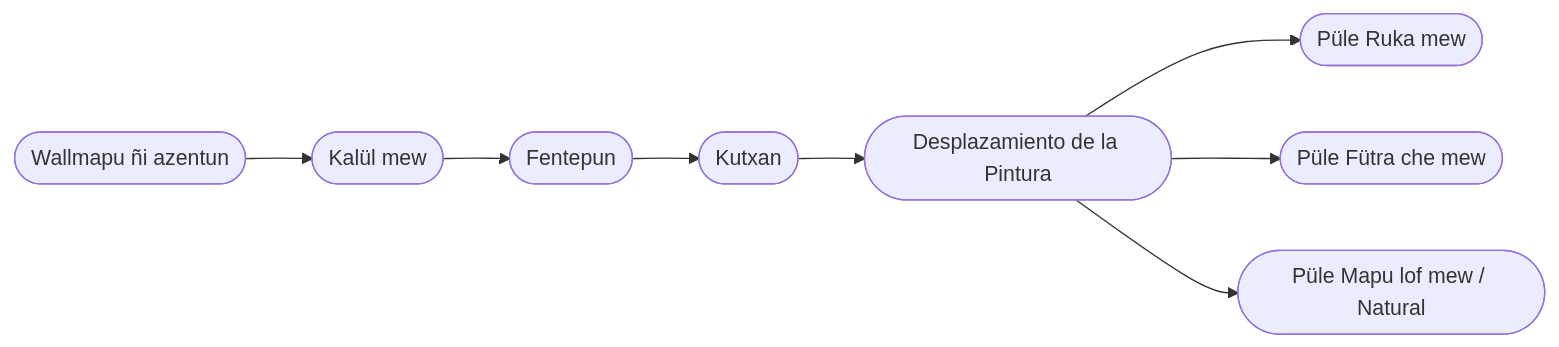
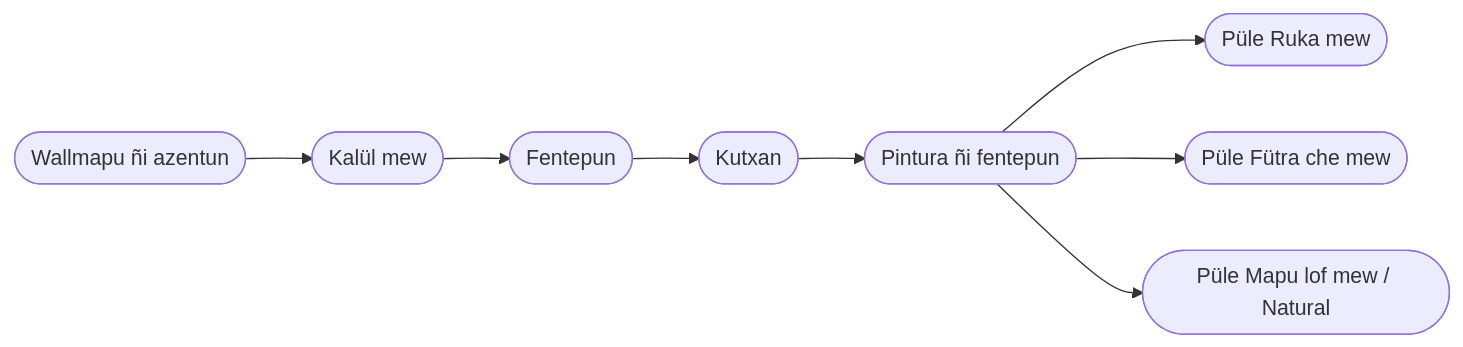
The diagram in MPD/desplazamiento-pintura.md (EGGS-Artesvisuales/EGGS-Artesvisuales.github.io), drawn with Mermaid before and after one commit. The commit also changed other lines of this file and 9 other files, not shown here.

```diff
--- a/MPD/desplazamiento-pintura.md
+++ b/MPD/desplazamiento-pintura.md
@@ -29,32 +29,32 @@
 <div class="mermaid">
 graph LR
   Z([Wallmapu ñi azentun])
   Y([Kalül mew])
   A([Fentepun])
   B([Kutxan])
-  F([Desplazamiento de la Pintura])
+  F([Pintura ñi fentepun])
 
   F1([Püle Ruka mew])
   F2([Püle Fütra che mew])
   F3([Püle Mapu lof mew / Natural])
 
   Z --> Y
   Y --> A
   A --> B
   B --> F
 
   F --> F1
   F --> F2
   F --> F3
 
   %% Enlaces (existentes)
   click Z "/MPD/mundo-exterior.html" "Adkintun: Wallmapu ñi azentun"
   click Y "/MPD/tangible.html" "Adkintun: Kalül mew"
   click A "/MPD/saturacion.html" "Adkintun: Fentepun"
   click B "/MPD/la-peste.html" "Adkintun: Kutxan"
-  click F "/MPD/desplazamiento-pintura.html" "Amun: Desplazamiento de la Pintura"
+  click F "/MPD/desplazamiento-pintura.html" "Amun: Pintura ñi fentepun"
   click F1 "/MPD/espacio-domestico.html" "Amun: Püle Ruka mew"
   click F2 "/MPD/espacio-publico.html" "Amun: Püle Fütra che mew"
   click F3 "/MPD/espacio-rural.html" "Amun: Püle Mapu lof mew / Natural"
 
 </div>
```
